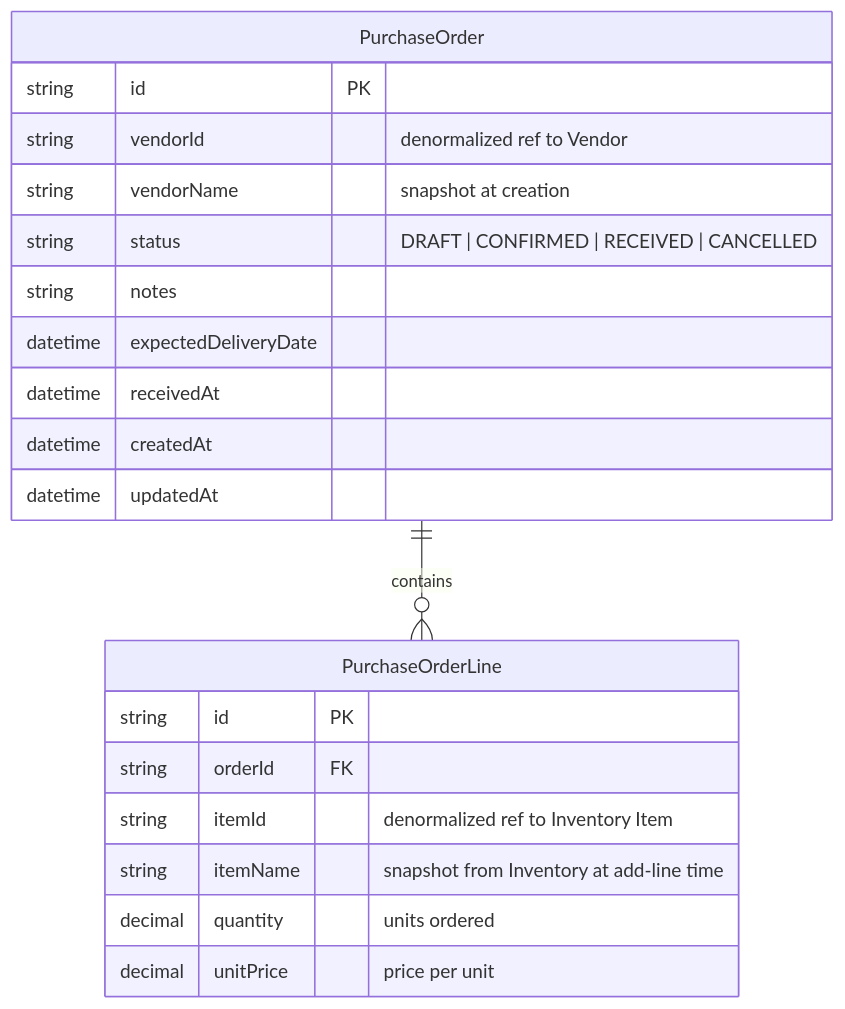
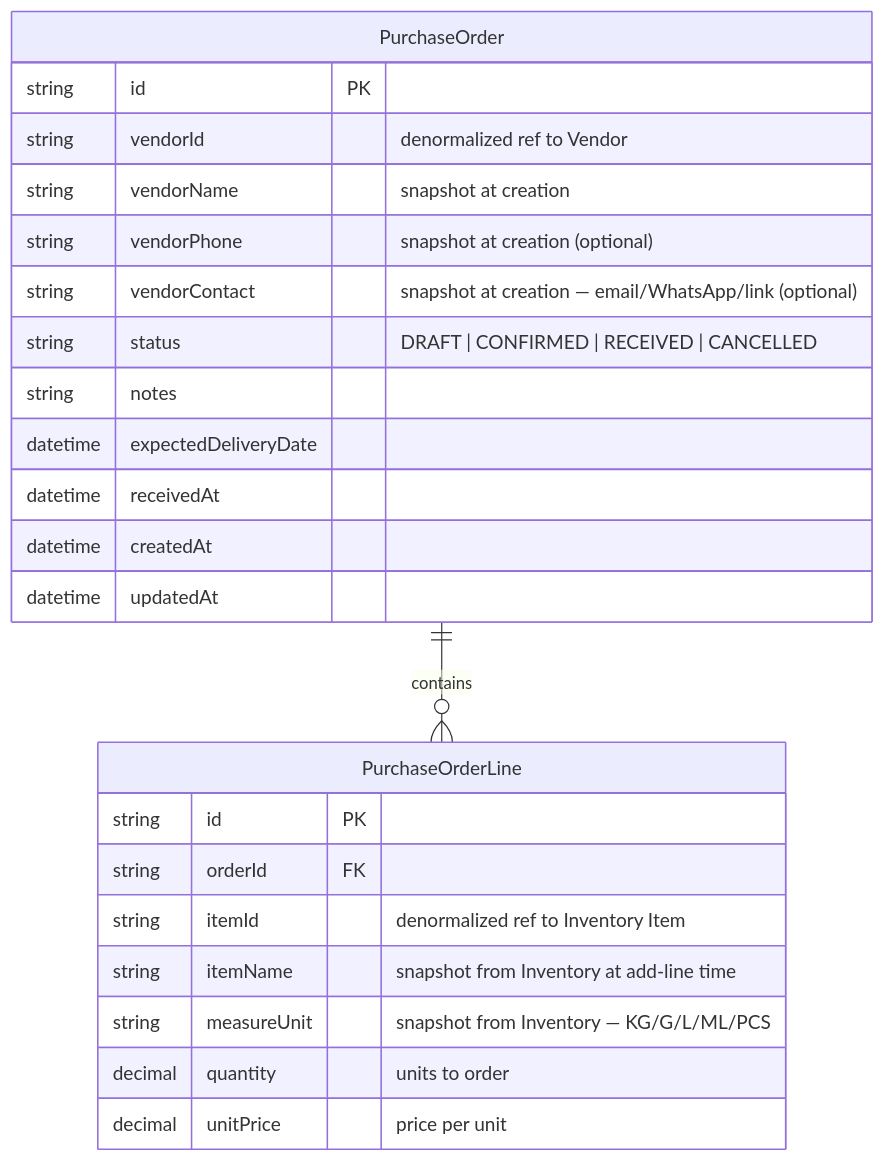
One commit to stap20/sakura-erp-backend changed the first of 5 diagrams in src/modules/purchase/PURCHASE_MODULE_DISCUSSION.md. Above: the diagram before and after it, drawn with Mermaid. The commit also changed other lines of this file, not shown here.

````diff
--- a/src/modules/purchase/PURCHASE_MODULE_DISCUSSION.md
+++ b/src/modules/purchase/PURCHASE_MODULE_DISCUSSION.md
@@ -18,25 +18,28 @@
 ```mermaid
 erDiagram
     PurchaseOrder {
         string id PK
         string vendorId "denormalized ref to Vendor"
         string vendorName "snapshot at creation"
+        string vendorPhone "snapshot at creation (optional)"
+        string vendorContact "snapshot at creation — email/WhatsApp/link (optional)"
         string status "DRAFT | CONFIRMED | RECEIVED | CANCELLED"
         string notes
         datetime expectedDeliveryDate
         datetime receivedAt
         datetime createdAt
         datetime updatedAt
     }
 
     PurchaseOrderLine {
         string id PK
         string orderId FK
         string itemId "denormalized ref to Inventory Item"
         string itemName "snapshot from Inventory at add-line time"
-        decimal quantity "units ordered"
+        string measureUnit "snapshot from Inventory — KG/G/L/ML/PCS"
+        decimal quantity "units to order"
         decimal unitPrice "price per unit"
     }
 
     PurchaseOrder ||--o{ PurchaseOrderLine : "contains"
 ```
````
